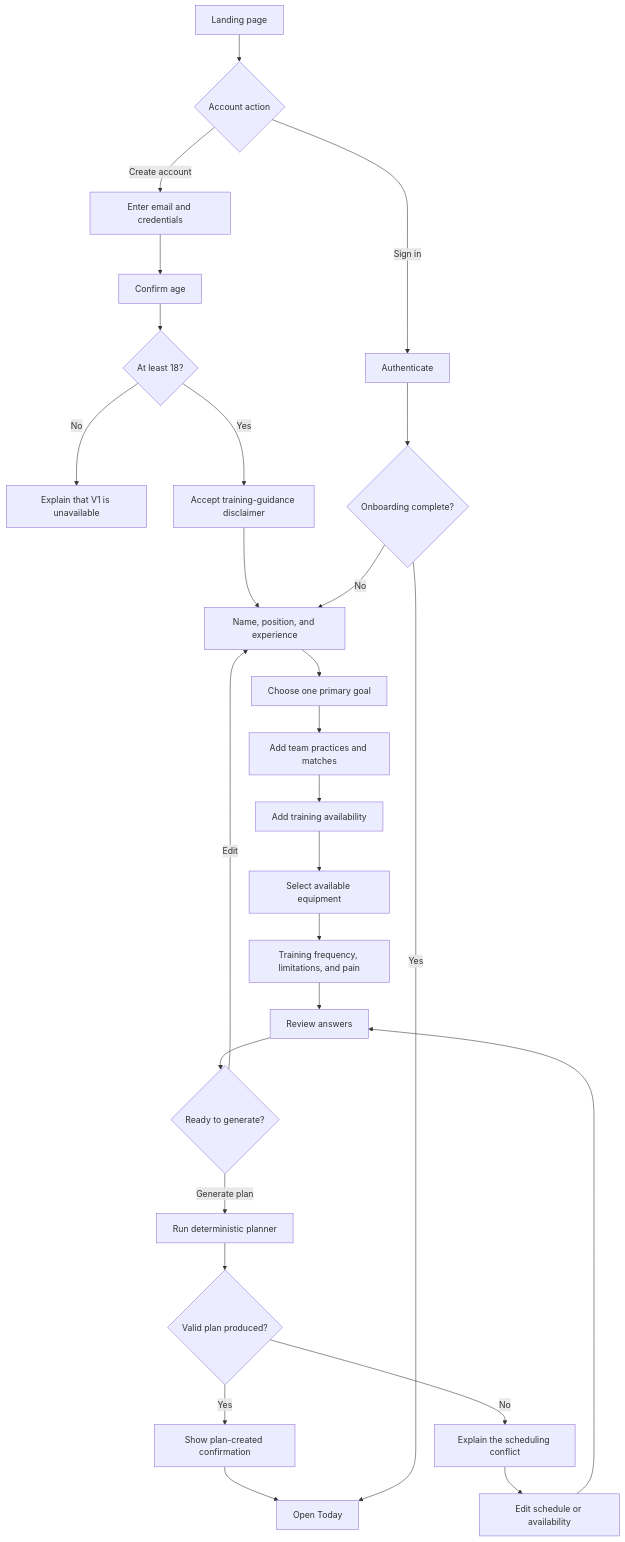
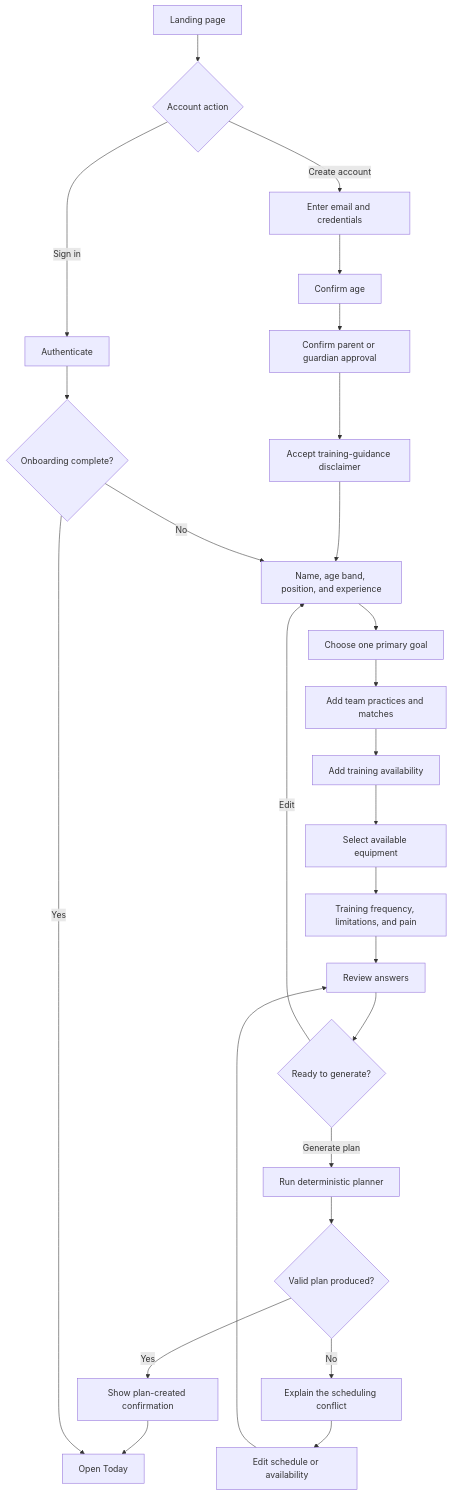
One commit to pedripottah/PureAthletic changed the third of 9 diagrams in docs/user-flow.md. Above: the diagram before and after it, drawn with Mermaid. The commit also changed other lines of this file and 2 other files, not shown here.

Commit message:
Updated product scope

````diff
--- a/docs/user-flow.md
+++ b/docs/user-flow.md
@@ -75,31 +76,30 @@
 ```mermaid
 flowchart TD
     A[Landing page] --> B{Account action}
     B -->|Create account| C[Enter email and credentials]
     B -->|Sign in| D[Authenticate]
     C --> E[Confirm age]
-    E --> F{At least 18?}
-    F -->|No| G[Explain that V1 is unavailable]
-    F -->|Yes| H[Accept training-guidance disclaimer]
+    E --> F[Confirm parent or guardian approval]
+    F --> G[Accept training-guidance disclaimer]
 
-    H --> I[Name, position, and experience]
+    G --> I[Name, age band, position, and experience]
     I --> J[Choose one primary goal]
     J --> K[Add team practices and matches]
     K --> L[Add training availability]
     L --> M[Select available equipment]
     M --> N[Training frequency, limitations, and pain]
     N --> O[Review answers]
     O --> P{Ready to generate?}
     P -->|Edit| I
     P -->|Generate plan| Q[Run deterministic planner]
     Q --> R{Valid plan produced?}
     R -->|Yes| S[Show plan-created confirmation]
     S --> T[Open Today]
     R -->|No| U[Explain the scheduling conflict]
     U --> V[Edit schedule or availability]
     V --> O
 
     D --> W{Onboarding complete?}
     W -->|No| I
     W -->|Yes| T
 ```
````
